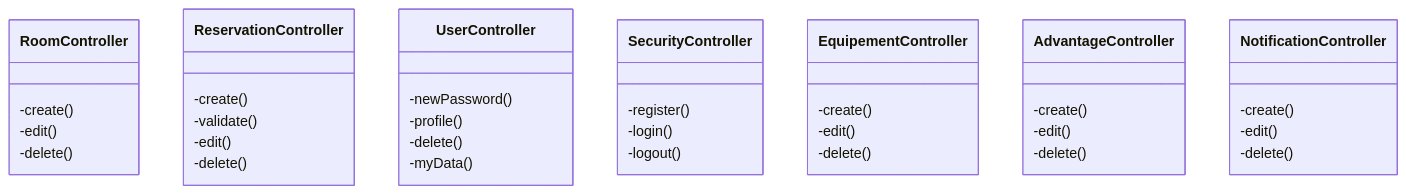
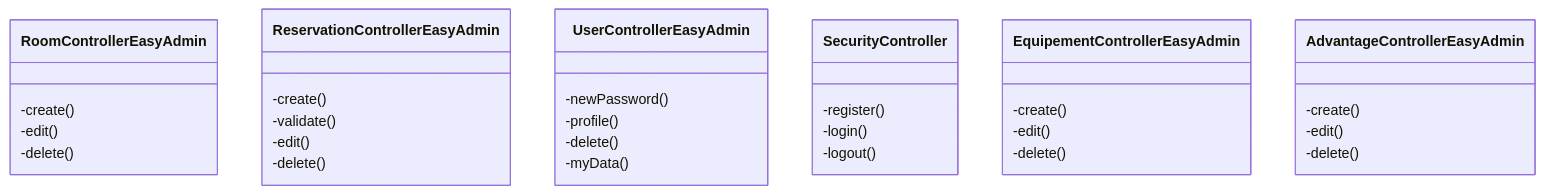
One commit to Conchero/ecf-back changed the second of 3 diagrams in prodDocs/ClassDiagram.md. Above: the diagram before and after it, drawn with Mermaid. The commit also changed other lines of this file and 1 other file, not shown here.

````diff
--- a/prodDocs/ClassDiagram.md
+++ b/prodDocs/ClassDiagram.md
@@ -98,49 +104,44 @@
 ```mermaid
 
 classDiagram
 
-class RoomController{
+class RoomController ~~Easy Admin~~{
     -create()
     -edit()
     -delete()
 }
 
-class ReservationController{
+class ReservationController ~~Easy Admin~~{
     -create()
     -validate()
     -edit()
     -delete()
 }
 
-class UserController{
+class UserController~~Easy Admin~~{
     -newPassword()
     -profile()
     -delete()
     -myData()
 }
 
 class SecurityController{
     -register()
     -login()
     -logout()
 }
 
-class EquipementController{
+class EquipementController~~Easy Admin~~{
     -create()
     -edit()
     -delete()
 }
 
-class AdvantageController{
+class AdvantageController~~Easy Admin~~{
     -create()
     -edit()
     -delete()
 }
 
-class NotificationController{
-    -create()
-    -edit()
-    -delete()
-}
 
 ```
````
